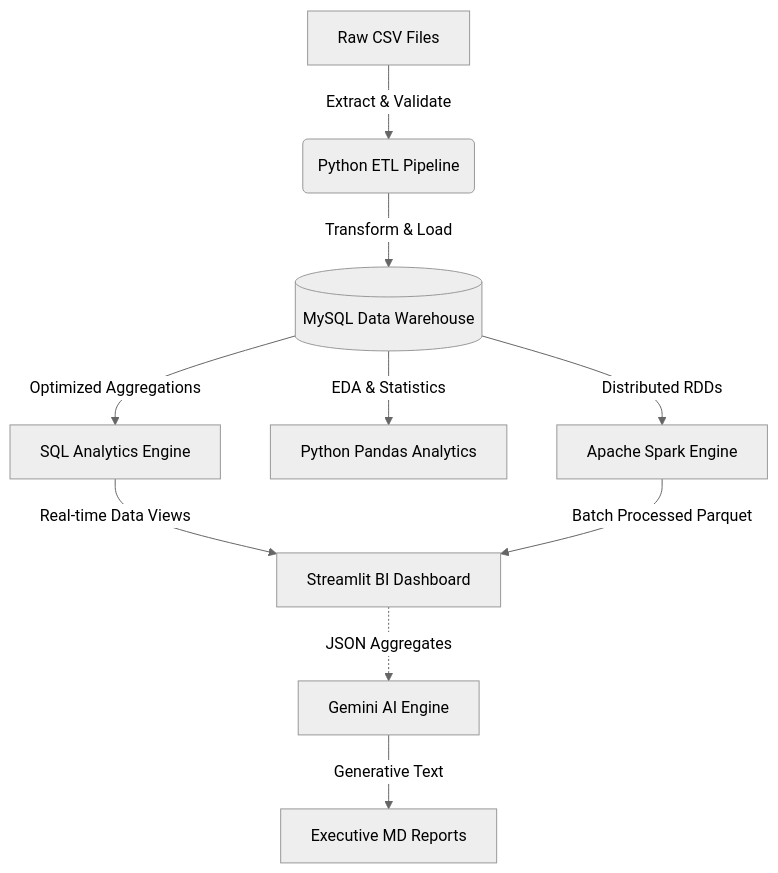
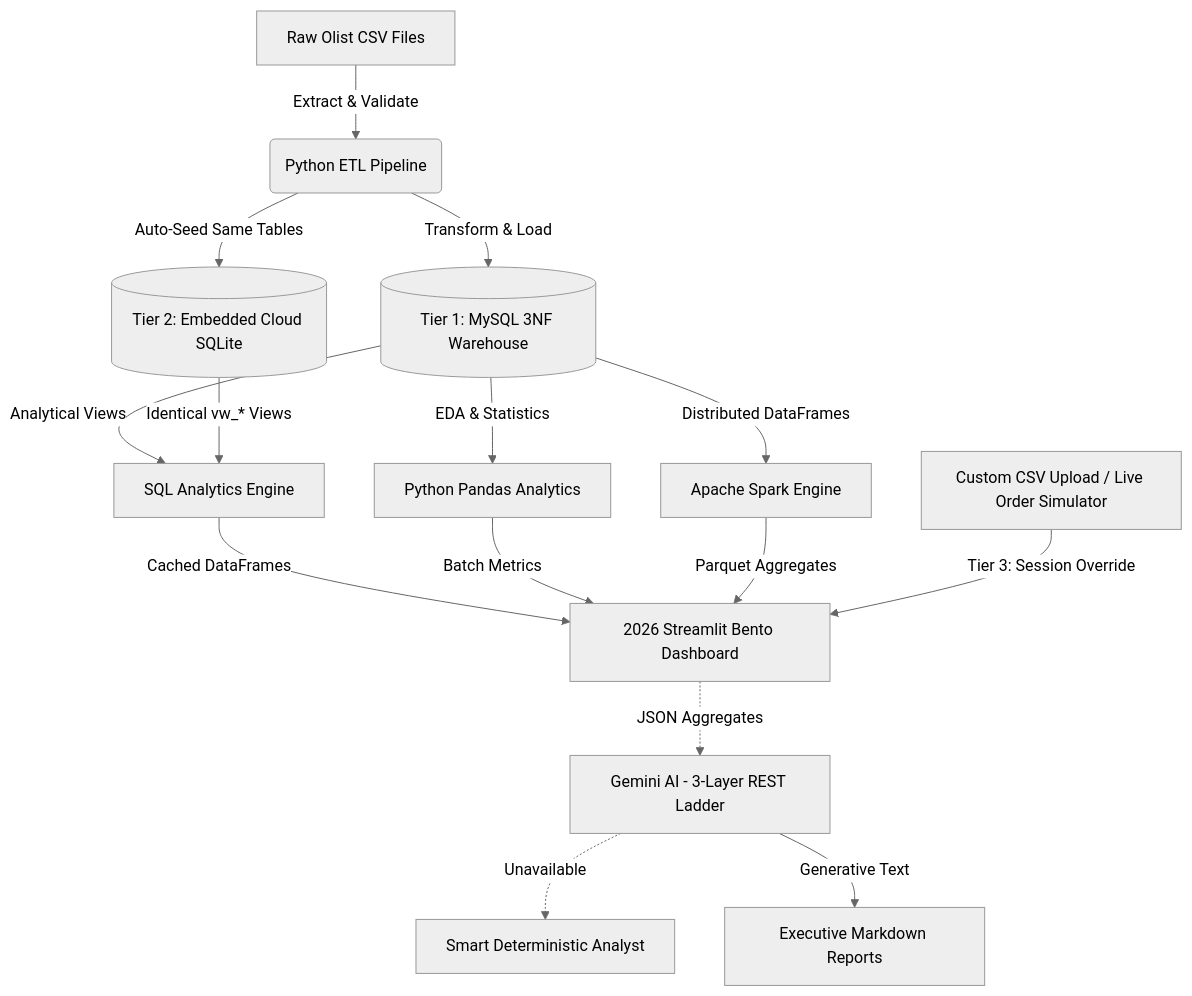
One commit to priyanshuu00/AI-Powered-Customer-Sales-Analytics-Platform changed the diagram in README.md. Above: the diagram before and after it, drawn with Mermaid (neutral theme). The commit also changed other lines of this file and 5 other files, not shown here.

Commit message:
docs: update README and capture 2026 Bento UI screenshots across dashboard and AI copilot

````diff
--- a/README.md
+++ b/README.md
@@ -62,15 +72,20 @@
 ```mermaid
 graph TD
-    A[Raw CSV Files] -->|Extract & Validate| B(Python ETL Pipeline)
-    B -->|Transform & Load| C[(MySQL Data Warehouse)]
-    
-    C -->|Optimized Aggregations| D[SQL Analytics Engine]
-    C -->|EDA & Statistics| E[Python Pandas Analytics]
-    C -->|Distributed RDDs| F[Apache Spark Engine]
-    
-    D -->|Real-time Data Views| G[Streamlit BI Dashboard]
-    F -->|Batch Processed Parquet| G
-    
-    G -.->|JSON Aggregates| H[Gemini AI Engine]
-    H -->|Generative Text| I[Executive MD Reports]
+    A[Raw Olist CSV Files] -->|Extract & Validate| B(Python ETL Pipeline)
+    B -->|Transform & Load| C[(Tier 1: MySQL 3NF Warehouse)]
+    B -->|Auto-Seed Same Tables| D[(Tier 2: Embedded Cloud SQLite)]
+
+    C -->|Analytical Views| E[SQL Analytics Engine]
+    D -->|Identical vw_* Views| E
+    C -->|EDA & Statistics| F[Python Pandas Analytics]
+    C -->|Distributed DataFrames| G[Apache Spark Engine]
+
+    E -->|Cached DataFrames| H[2026 Streamlit Bento Dashboard]
+    F -->|Batch Metrics| H
+    G -->|Parquet Aggregates| H
+
+    U[Custom CSV Upload / Live Order Simulator] -->|Tier 3: Session Override| H
+    H -.->|JSON Aggregates| I[Gemini AI - 3-Layer REST Ladder]
+    I -.->|Unavailable| J[Smart Deterministic Analyst]
+    I -->|Generative Text| K[Executive Markdown Reports]
 ```
````
